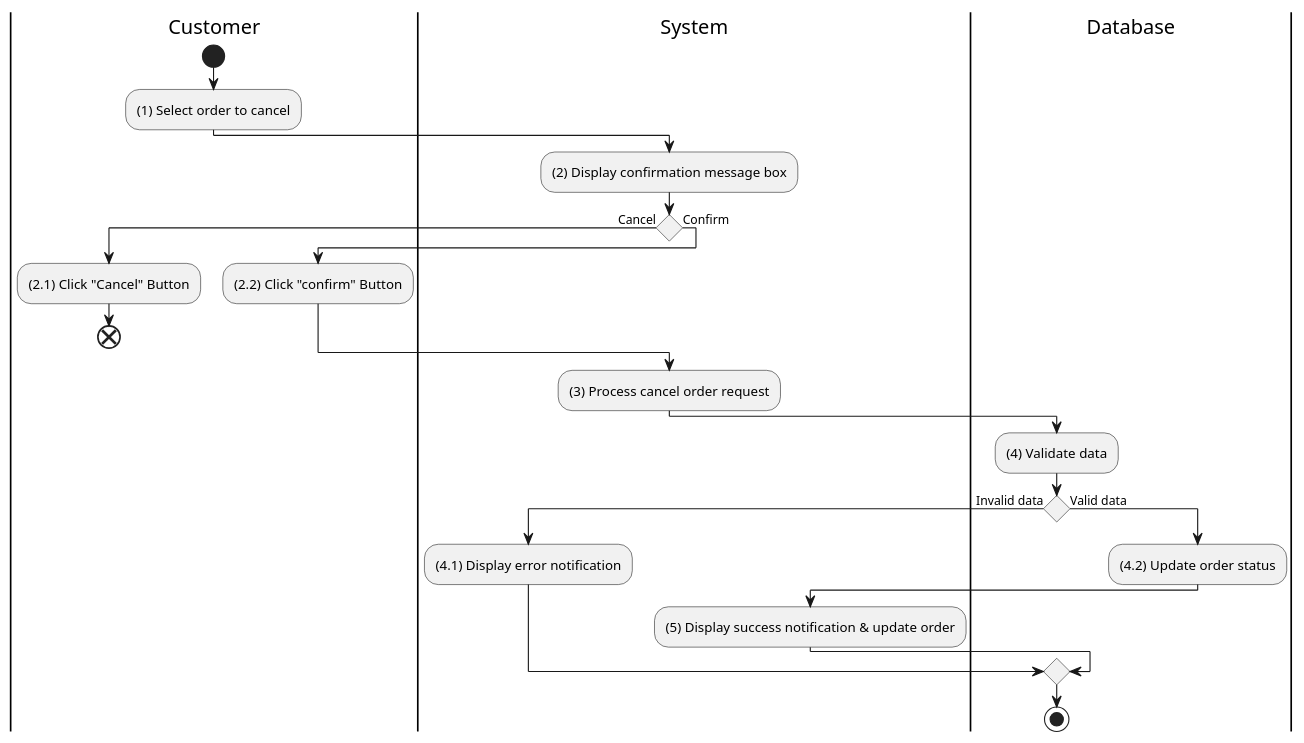
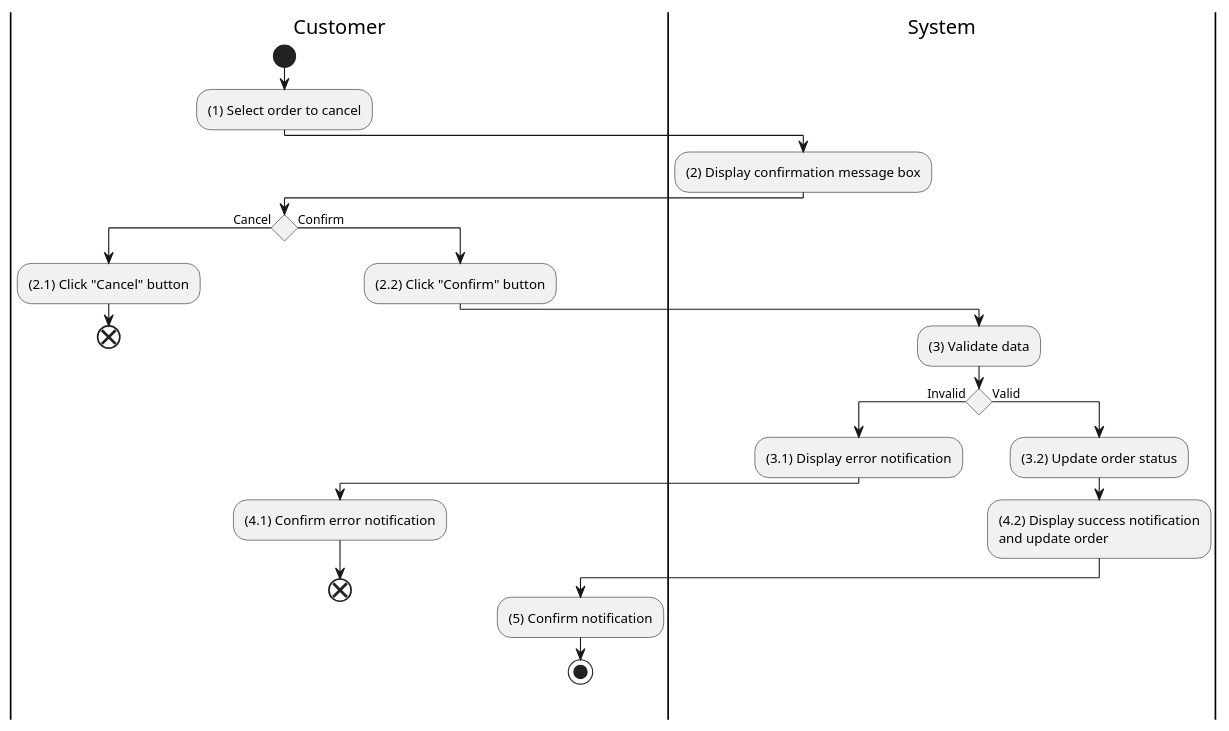
One commit to electricilies/electricilies.github.io changed the diagram in docs/software-docs/activity/view-order/cancel-order.md. Above: the diagram before and after it, drawn with PlantUML. The commit also changed 47 other files, not shown here.

````diff
--- a/docs/software-docs/activity/view-order/cancel-order.md
+++ b/docs/software-docs/activity/view-order/cancel-order.md
@@ -3,36 +3,35 @@
 ```plantuml
 @startuml
 |C|Customer
 |S|System
-|D|Database
 
 |C|
 start
 :(1) Select order to cancel;
 |S|
 :(2) Display confirmation message box;
+|C|
 if () then (Cancel)
-  |C|
-  :(2.1) Click "Cancel" Button;
+  :(2.1) Click "Cancel" button;
   end
 else (Confirm)
-  :(2.2) Click "confirm" Button;
+  :(2.2) Click "Confirm" button;
+  |S|
+  :(3) Validate data;
+  if () then (Invalid)
+    :(3.1) Display error notification;
+    |C|
+    :(4.1) Confirm error notification;
+    end
+  else (Valid)
+    |S|
+    :(3.2) Update order status;
+    :(4.2) Display success notification 
+and update order;
+    |C|
+    :(5) Confirm notification;
+    stop
+  endif
 endif
-|S|
-:(3) Process cancel order request;
-|D|
-:(4) Validate data;
-if () then (Invalid data)
-  |S|
-  :(4.1) Display error notification;
-else (Valid data)
-  |D|
-  :(4.2) Update order status;
-  |S|
-  :(5) Display success notification & update order;
-endif
-|D|
-stop
-
 @enduml
 ```
````
